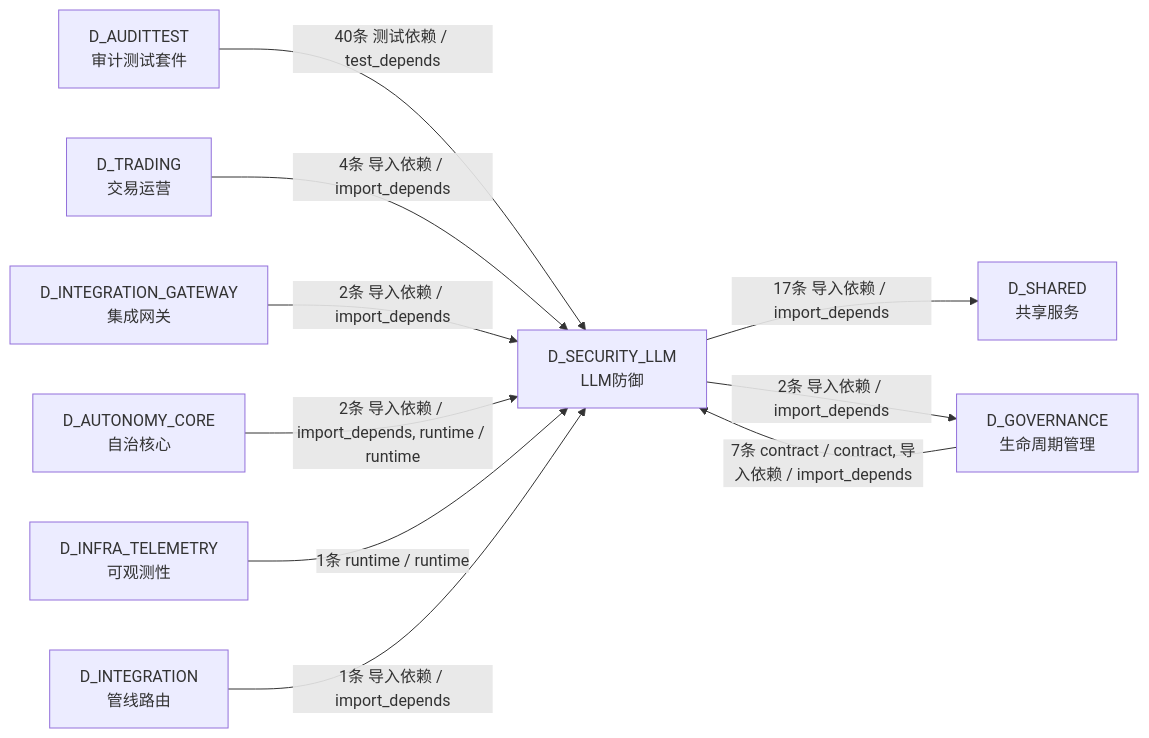
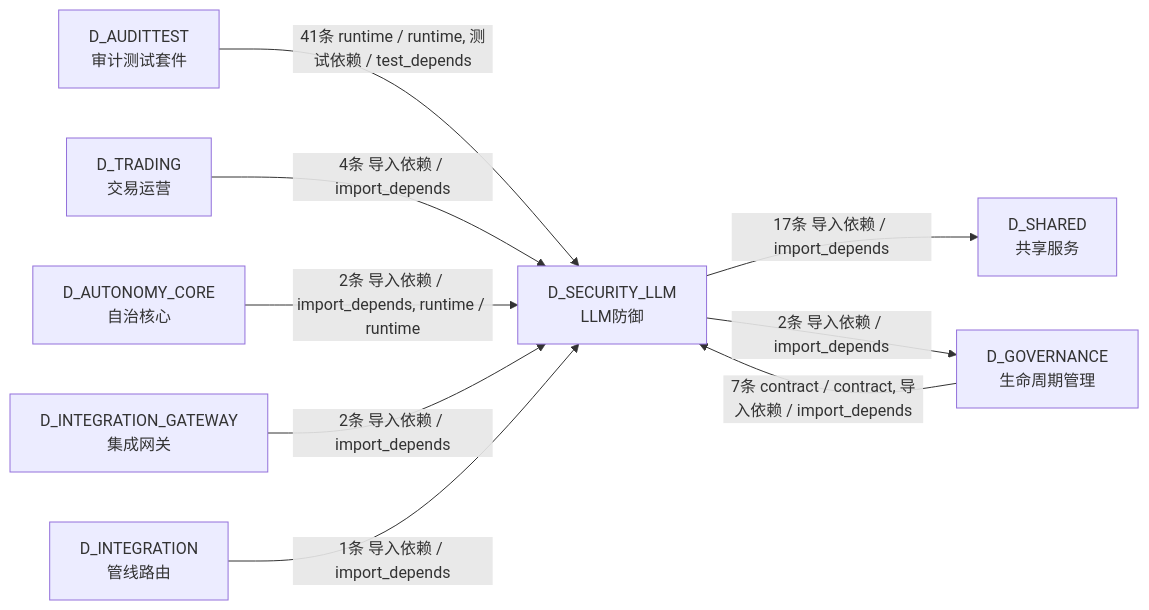
The fifth of 5 diagrams in docs/02_enterprise_architecture/02_domain_architecture_docs/18_d_security_llm.md (xuanFelixVan/ZephyrAlpha), drawn with Mermaid before and after one commit. The commit also changed other lines of this file and 100 other files, not shown here.

````diff
--- a/docs/02_enterprise_architecture/02_domain_architecture_docs/18_d_security_llm.md
+++ b/docs/02_enterprise_architecture/02_domain_architecture_docs/18_d_security_llm.md
@@ -520,21 +520,19 @@
 ```mermaid
 graph LR
     D_SECURITY_LLM["D_SECURITY_LLM<br/>LLM防御"]
     D_SHARED["D_SHARED<br/>共享服务"]
     D_GOVERNANCE["D_GOVERNANCE<br/>生命周期管理"]
     D_AUDITTEST["D_AUDITTEST<br/>审计测试套件"]
     D_TRADING["D_TRADING<br/>交易运营"]
+    D_AUTONOMY_CORE["D_AUTONOMY_CORE<br/>自治核心"]
     D_INTEGRATION_GATEWAY["D_INTEGRATION_GATEWAY<br/>集成网关"]
-    D_AUTONOMY_CORE["D_AUTONOMY_CORE<br/>自治核心"]
-    D_INFRA_TELEMETRY["D_INFRA_TELEMETRY<br/>可观测性"]
     D_INTEGRATION["D_INTEGRATION<br/>管线路由"]
     D_SECURITY_LLM -->|17条 导入依赖 / import_depends| D_SHARED
     D_SECURITY_LLM -->|2条 导入依赖 / import_depends| D_GOVERNANCE
-    D_AUDITTEST -->|40条 测试依赖 / test_depends| D_SECURITY_LLM
+    D_AUDITTEST -->|41条 runtime / runtime, 测试依赖 / test_depends| D_SECURITY_LLM
     D_GOVERNANCE -->|7条 contract / contract, 导入依赖 / import_depends| D_SECURITY_LLM
     D_TRADING -->|4条 导入依赖 / import_depends| D_SECURITY_LLM
+    D_AUTONOMY_CORE -->|2条 导入依赖 / import_depends, runtime / runtime| D_SECURITY_LLM
     D_INTEGRATION_GATEWAY -->|2条 导入依赖 / import_depends| D_SECURITY_LLM
-    D_AUTONOMY_CORE -->|2条 导入依赖 / import_depends, runtime / runtime| D_SECURITY_LLM
-    D_INFRA_TELEMETRY -->|1条 runtime / runtime| D_SECURITY_LLM
     D_INTEGRATION -->|1条 导入依赖 / import_depends| D_SECURITY_LLM
 ```
````
